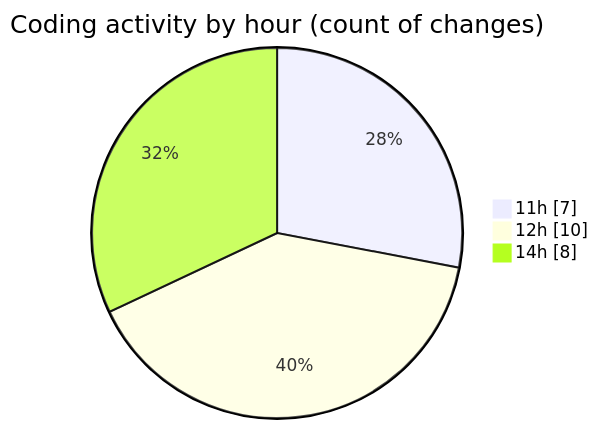
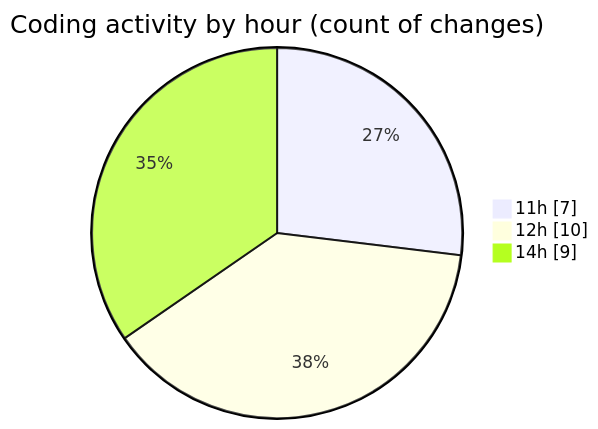
The second of 2 diagrams in 2026-04-09/cilapp/README.md (ricardozamudiocil/code-tracking), drawn with Mermaid before and after one commit. The commit also changed other lines of this file and 1 other file, not shown here.

````diff
--- a/2026-04-09/cilapp/README.md
+++ b/2026-04-09/cilapp/README.md
@@ -34,7 +34,7 @@
 ```mermaid
 pie showData
 title Coding activity by hour (count of changes)
 "11h" : 7
 "12h" : 10
-"14h" : 8
+"14h" : 9
 ```
````
